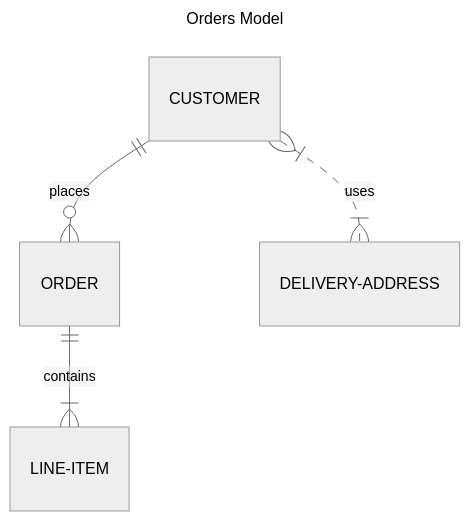
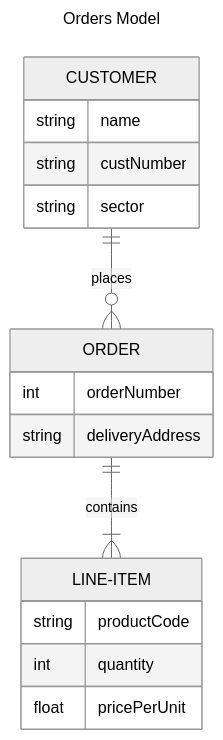
Before and after one commit to ecmsolutions/plataform-compare: the first of 2 diagrams in README.md, drawn with Mermaid (neutral theme). The commit also changed other lines of this file, not shown here.

Commit message:
docs(readme): add sequence diagram

````diff
--- a/README.md
+++ b/README.md
@@ -26,9 +26,22 @@
 ```mermaid
 ---
 title: Orders Model
 ---
 erDiagram
     CUSTOMER ||--o{ ORDER : places
+    CUSTOMER {
+        string name
+        string custNumber
+        string sector
+    }
     ORDER ||--|{ LINE-ITEM : contains
-    CUSTOMER }|..|{ DELIVERY-ADDRESS : uses
+    ORDER {
+        int orderNumber
+        string deliveryAddress
+    }
+    LINE-ITEM {
+        string productCode
+        int quantity
+        float pricePerUnit
+    }
 ```
````
